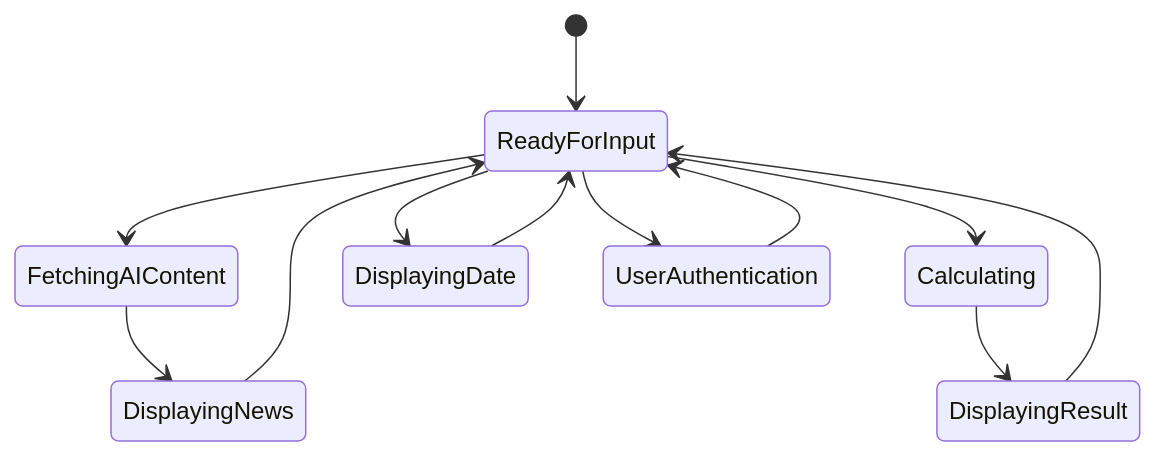
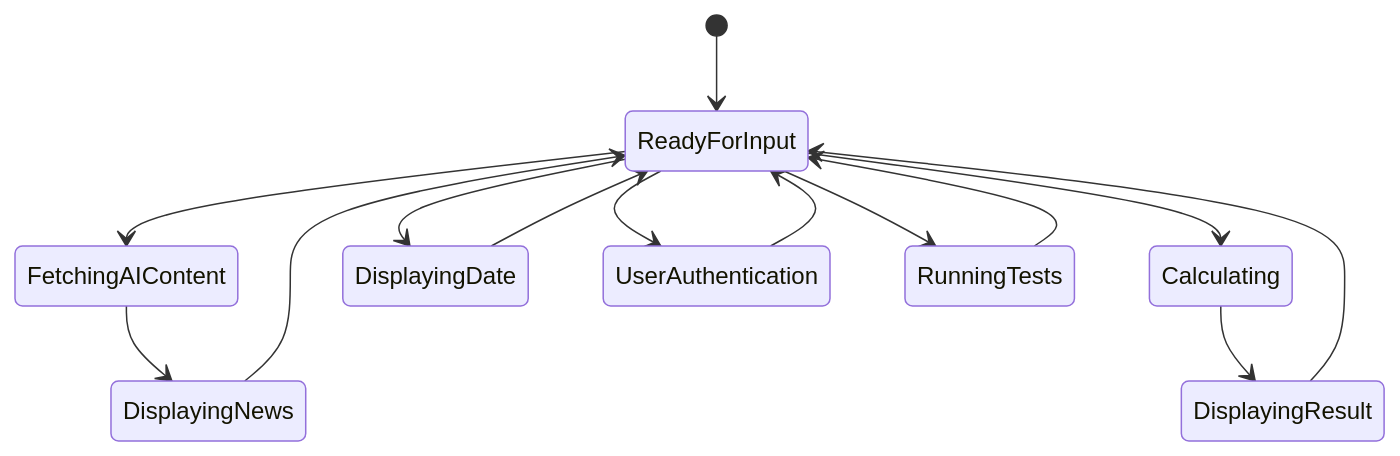
Before and after one commit to thoaihcmc/docs-pipeline-e2e-test: the diagram in docs/diagrams/state-machine.mmd, drawn with Mermaid. The commit also changed 6 other files, not shown here.

Commit message:
docs: auto-generate FDD, BDD, ADD and diagrams for 1498124a237bed918bbaed35b8a14354bd2e9f4d

````diff
--- a/docs/diagrams/state-machine.mmd
+++ b/docs/diagrams/state-machine.mmd
@@ -1,14 +1,16 @@
 ```mermaid  
 stateDiagram-v2  
     [*] --> ReadyForInput  
     ReadyForInput --> FetchingAIContent  
     FetchingAIContent --> DisplayingNews  
     DisplayingNews --> ReadyForInput  
     ReadyForInput --> Calculating  
     Calculating --> DisplayingResult  
     DisplayingResult --> ReadyForInput  
     ReadyForInput --> DisplayingDate  
     DisplayingDate --> ReadyForInput  
     ReadyForInput --> UserAuthentication  
     UserAuthentication --> ReadyForInput  
+    ReadyForInput --> RunningTests  
+    RunningTests --> ReadyForInput  
 ```
````
